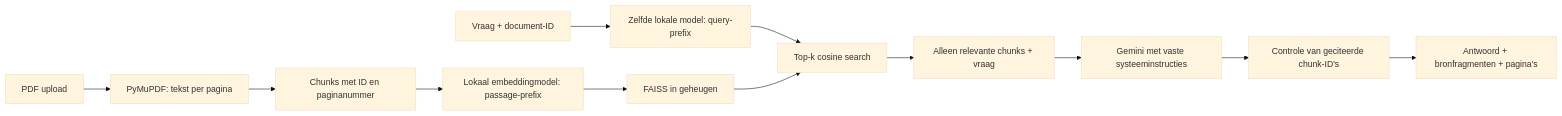
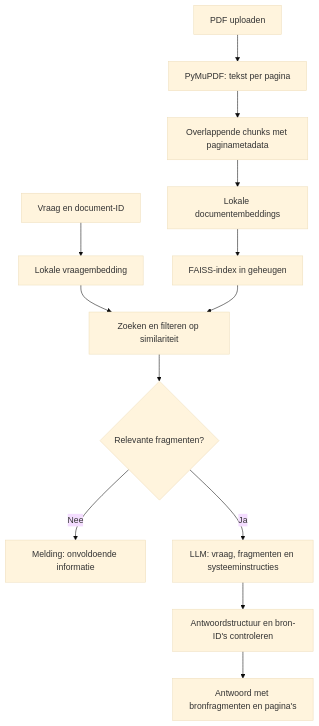
The diagram in README.md (Kaan-Bas/folio), drawn with Mermaid (base theme) before and after one commit. The commit also changed other lines of this file and 5 other files, not shown here.

````diff
--- a/README.md
+++ b/README.md
@@ -153,14 +182,15 @@
 ```mermaid
-flowchart LR
-    A[PDF upload] --> B[PyMuPDF: tekst per pagina]
-    B --> C[Chunks met ID en paginanummer]
-    C --> D[Lokaal embeddingmodel: passage-prefix]
-    D --> E[FAISS in geheugen]
-    Q[Vraag + document-ID] --> F[Zelfde lokale model: query-prefix]
-    F --> G[Top-k cosine search]
-    E --> G
-    G --> H[Alleen relevante chunks + vraag]
-    H --> I[Gemini met vaste systeeminstructies]
-    I --> J[Controle van geciteerde chunk-ID's]
-    J --> K[Antwoord + bronfragmenten + pagina's]
+flowchart TD
+    A[PDF uploaden] --> B[PyMuPDF: tekst per pagina]
+    B --> C[Overlappende chunks met paginametadata]
+    C --> D[Lokale documentembeddings]
+    D --> E[FAISS-index in geheugen]
+    F[Vraag en document-ID] --> G[Lokale vraagembedding]
+    G --> H[Zoeken en filteren op similariteit]
+    E --> H
+    H --> I{Relevante fragmenten?}
+    I -->|Nee| J[Melding: onvoldoende informatie]
+    I -->|Ja| K[LLM: vraag, fragmenten en systeeminstructies]
+    K --> L[Antwoordstructuur en bron-ID's controleren]
+    L --> M[Antwoord met bronfragmenten en pagina's]
 ```
````
